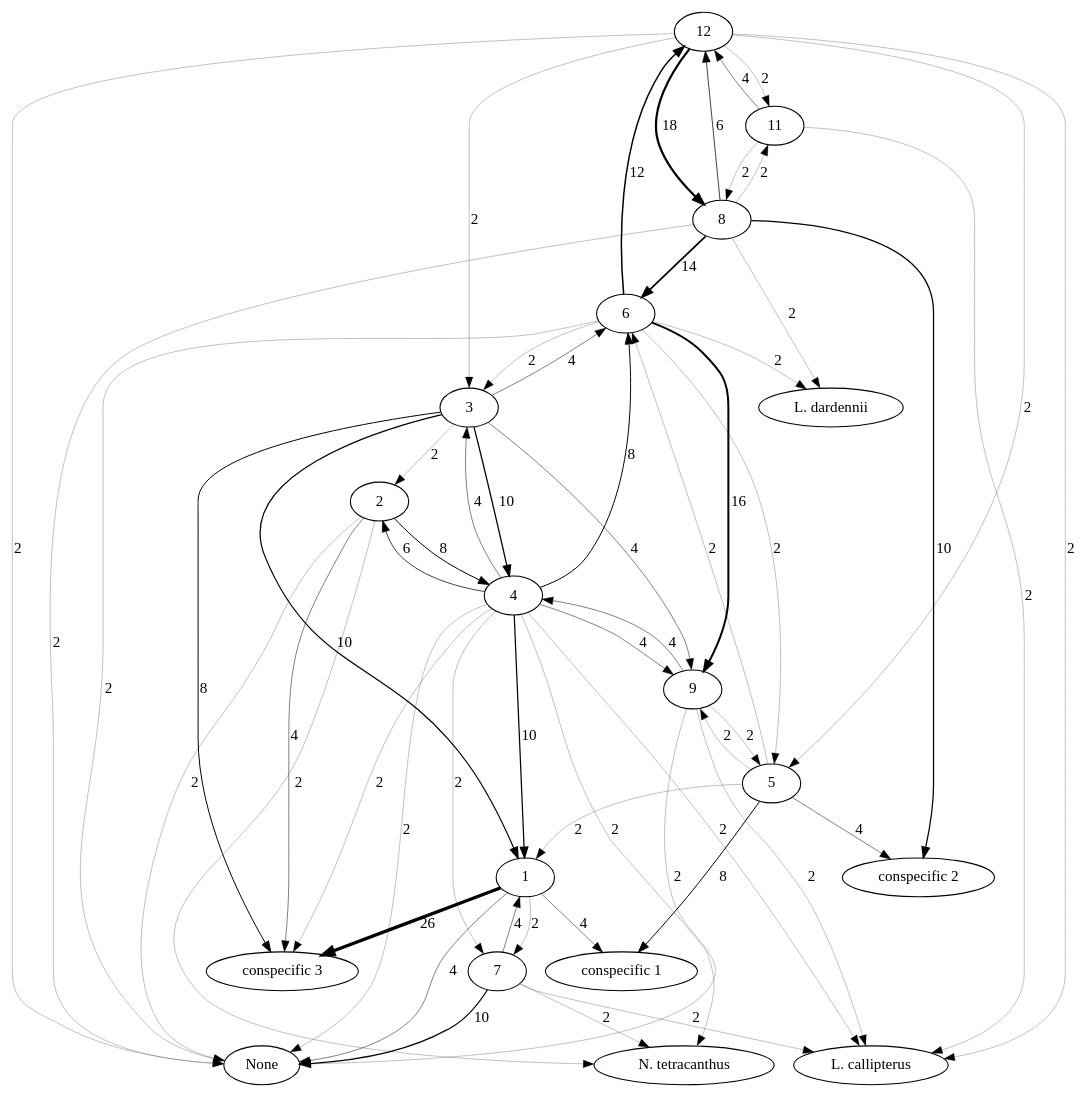
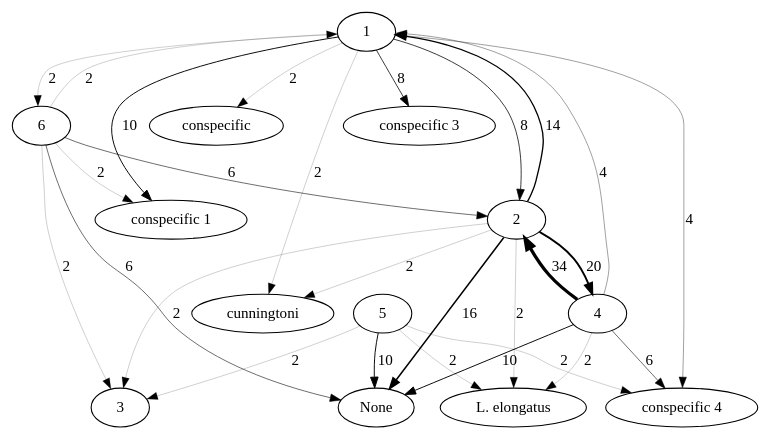
The diagram in images/interactions.gv (nicolkraus/AnalyzeBehavior), drawn with Graphviz before and after one commit. The commit also changed 8 other files, not shown here.

```diff
--- a/images/interactions.gv
+++ b/images/interactions.gv
@@ -1,78 +1,42 @@
 strict digraph  {
 1;
-7;
-None;
+2;
+6;
+conspecific;
 "conspecific 1";
 "conspecific 3";
-11;
-12;
-8;
-"L. callipterus";
+"conspecific 4";
+cunningtoni;
 3;
+4;
+"L. elongatus";
+None;
 5;
-2;
-4;
-"N. tetracanthus";
-6;
-9;
-"conspecific 2";
-"L. dardennii";
-1 -> 7  [label=2, penwidth="0.23076923076923078"];
-1 -> None  [label=4, penwidth="0.46153846153846156"];
-1 -> "conspecific 1"  [label=4, penwidth="0.46153846153846156"];
-1 -> "conspecific 3"  [label=26, penwidth="3.0"];
-7 -> 1  [label=4, penwidth="0.46153846153846156"];
-7 -> "L. callipterus"  [label=2, penwidth="0.23076923076923078"];
-7 -> "N. tetracanthus"  [label=2, penwidth="0.23076923076923078"];
-7 -> None  [label=10, penwidth="1.1538461538461537"];
-11 -> 12  [label=4, penwidth="0.46153846153846156"];
-11 -> 8  [label=2, penwidth="0.23076923076923078"];
-11 -> "L. callipterus"  [label=2, penwidth="0.23076923076923078"];
-12 -> 11  [label=2, penwidth="0.23076923076923078"];
-12 -> 3  [label=2, penwidth="0.23076923076923078"];
-12 -> 5  [label=2, penwidth="0.23076923076923078"];
-12 -> 8  [label=18, penwidth="2.076923076923077"];
-12 -> "L. callipterus"  [label=2, penwidth="0.23076923076923078"];
-12 -> None  [label=2, penwidth="0.23076923076923078"];
-8 -> 11  [label=2, penwidth="0.23076923076923078"];
-8 -> 12  [label=6, penwidth="0.6923076923076923"];
-8 -> 6  [label=14, penwidth="1.6153846153846154"];
-8 -> "L. dardennii"  [label=2, penwidth="0.23076923076923078"];
-8 -> None  [label=2, penwidth="0.23076923076923078"];
-8 -> "conspecific 2"  [label=10, penwidth="1.1538461538461537"];
-3 -> 1  [label=10, penwidth="1.1538461538461537"];
-3 -> 2  [label=2, penwidth="0.23076923076923078"];
-3 -> 4  [label=10, penwidth="1.1538461538461537"];
-3 -> 6  [label=4, penwidth="0.46153846153846156"];
-3 -> 9  [label=4, penwidth="0.46153846153846156"];
-3 -> "conspecific 3"  [label=8, penwidth="0.9230769230769231"];
-5 -> 1  [label=2, penwidth="0.23076923076923078"];
-5 -> 6  [label=2, penwidth="0.23076923076923078"];
-5 -> 9  [label=2, penwidth="0.23076923076923078"];
-5 -> "conspecific 1"  [label=8, penwidth="0.9230769230769231"];
-5 -> "conspecific 2"  [label=4, penwidth="0.46153846153846156"];
-2 -> 4  [label=8, penwidth="0.9230769230769231"];
-2 -> "N. tetracanthus"  [label=2, penwidth="0.23076923076923078"];
-2 -> None  [label=2, penwidth="0.23076923076923078"];
-2 -> "conspecific 3"  [label=4, penwidth="0.46153846153846156"];
-4 -> 1  [label=10, penwidth="1.1538461538461537"];
-4 -> 2  [label=6, penwidth="0.6923076923076923"];
-4 -> 3  [label=4, penwidth="0.46153846153846156"];
-4 -> 6  [label=8, penwidth="0.9230769230769231"];
-4 -> 7  [label=2, penwidth="0.23076923076923078"];
-4 -> 9  [label=4, penwidth="0.46153846153846156"];
-4 -> "L. callipterus"  [label=2, penwidth="0.23076923076923078"];
-4 -> "N. tetracanthus"  [label=2, penwidth="0.23076923076923078"];
-4 -> None  [label=2, penwidth="0.23076923076923078"];
-4 -> "conspecific 3"  [label=2, penwidth="0.23076923076923078"];
-6 -> 12  [label=12, penwidth="1.3846153846153846"];
-6 -> 3  [label=2, penwidth="0.23076923076923078"];
-6 -> 5  [label=2, penwidth="0.23076923076923078"];
-6 -> 9  [label=16, penwidth="1.8461538461538463"];
-6 -> "L. dardennii"  [label=2, penwidth="0.23076923076923078"];
-6 -> None  [label=2, penwidth="0.23076923076923078"];
-9 -> 4  [label=4, penwidth="0.46153846153846156"];
-9 -> 5  [label=2, penwidth="0.23076923076923078"];
-9 -> "L. callipterus"  [label=2, penwidth="0.23076923076923078"];
-9 -> None  [label=2, penwidth="0.23076923076923078"];
+1 -> 2  [label=8, penwidth="0.7058823529411765"];
+1 -> 6  [label=2, penwidth="0.17647058823529413"];
+1 -> conspecific  [label=2, penwidth="0.17647058823529413"];
+1 -> "conspecific 1"  [label=10, penwidth="0.8823529411764706"];
+1 -> "conspecific 3"  [label=8, penwidth="0.7058823529411765"];
+1 -> "conspecific 4"  [label=4, penwidth="0.35294117647058826"];
+1 -> cunningtoni  [label=2, penwidth="0.17647058823529413"];
+2 -> 1  [label=14, penwidth="1.2352941176470589"];
+2 -> 3  [label=2, penwidth="0.17647058823529413"];
+2 -> 4  [label=20, penwidth="1.7647058823529411"];
+2 -> "L. elongatus"  [label=2, penwidth="0.17647058823529413"];
+2 -> None  [label=16, penwidth="1.411764705882353"];
+2 -> cunningtoni  [label=2, penwidth="0.17647058823529413"];
+6 -> 1  [label=2, penwidth="0.17647058823529413"];
+6 -> 2  [label=6, penwidth="0.5294117647058824"];
+6 -> 3  [label=2, penwidth="0.17647058823529413"];
+6 -> None  [label=6, penwidth="0.5294117647058824"];
+6 -> "conspecific 1"  [label=2, penwidth="0.17647058823529413"];
+4 -> 1  [label=4, penwidth="0.35294117647058826"];
+4 -> 2  [label=34, penwidth="3.0"];
+4 -> "L. elongatus"  [label=2, penwidth="0.17647058823529413"];
+4 -> None  [label=10, penwidth="0.8823529411764706"];
+4 -> "conspecific 4"  [label=6, penwidth="0.5294117647058824"];
+5 -> 3  [label=2, penwidth="0.17647058823529413"];
+5 -> "L. elongatus"  [label=2, penwidth="0.17647058823529413"];
+5 -> None  [label=10, penwidth="0.8823529411764706"];
+5 -> "conspecific 4"  [label=2, penwidth="0.17647058823529413"];
 }
```
